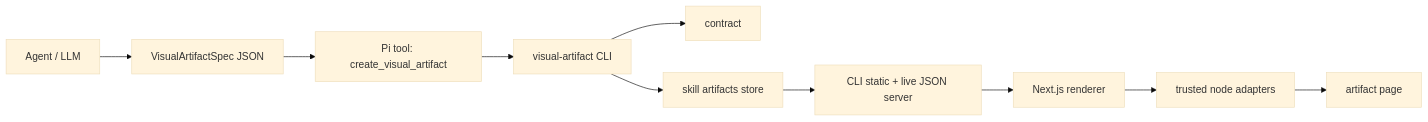
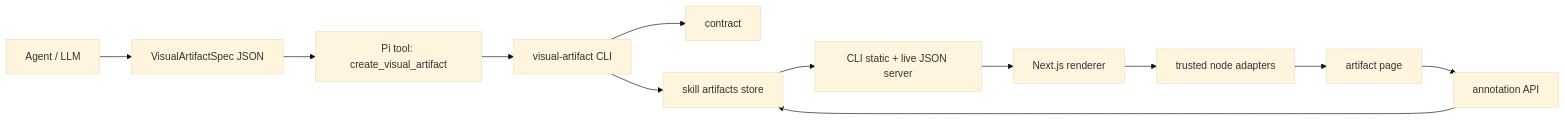
The diagram in ai-artifacts/ARCHITECTURE.md (iurysza/visual-artifact-renderer), drawn with Mermaid (base theme) before and after one commit. The commit also changed other lines of this file and 4 other files, not shown here.

````diff
--- a/ai-artifacts/ARCHITECTURE.md
+++ b/ai-artifacts/ARCHITECTURE.md
@@ -9,12 +9,14 @@
 ```mermaid
 flowchart LR
   Agent[Agent / LLM] --> Spec[VisualArtifactSpec JSON]
   Spec --> Tool[Pi tool: create_visual_artifact]
   Tool --> CLI[visual-artifact CLI]
   CLI --> Contract[contract]
   CLI --> Store[skill artifacts store]
   Store --> Server[CLI static + live JSON server]
   Server --> App[Next.js renderer]
   App --> Adapters[trusted node adapters]
   Adapters --> Browser[artifact page]
+  Browser --> Annotations[annotation API]
+  Annotations --> Store
 ```
````
